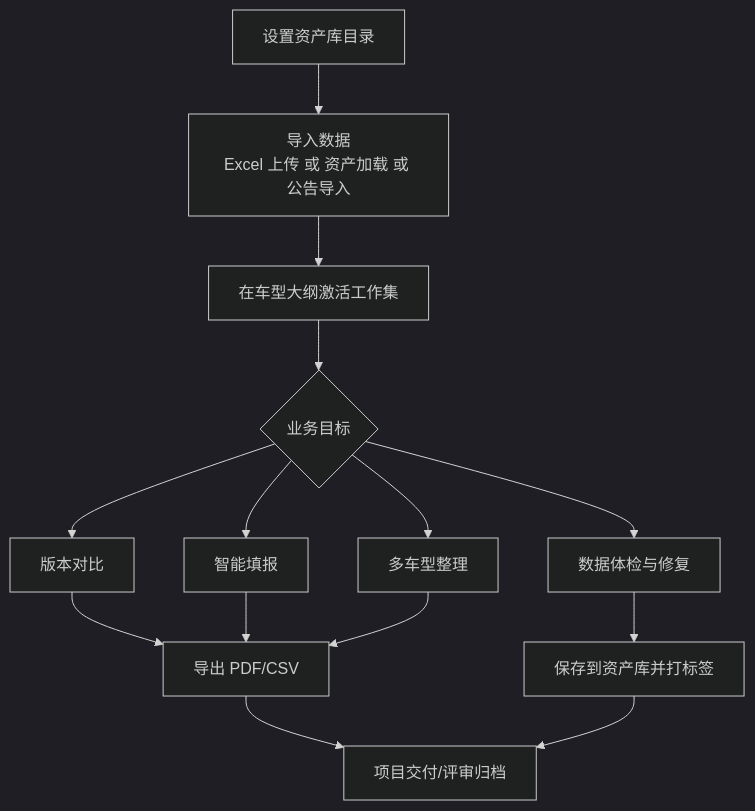
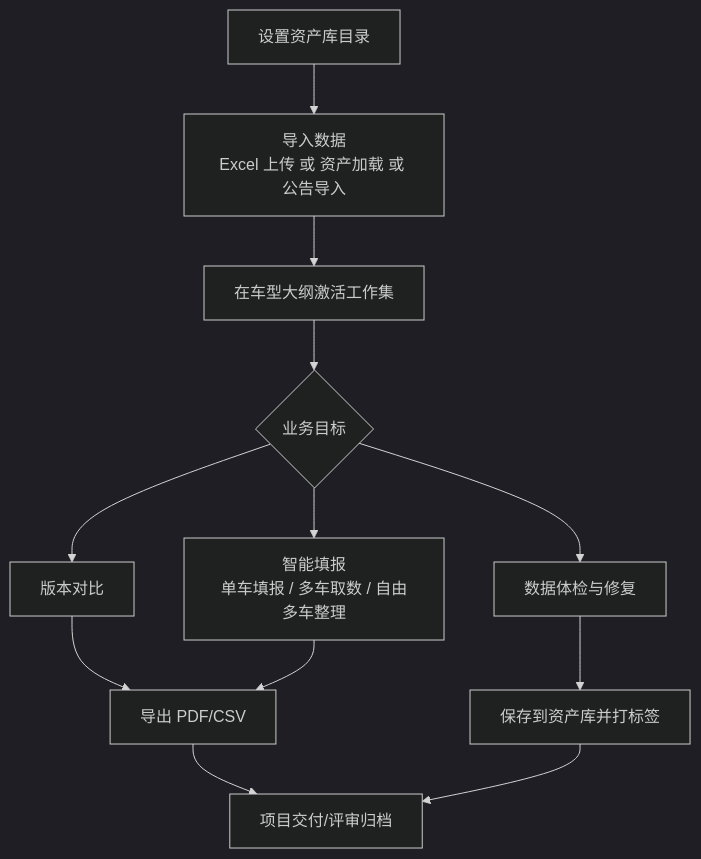
The second of 2 diagrams in docs/User_Manual.md (red-patch/vehicle-parameter), drawn with Mermaid (dark theme) before and after one commit. The commit also changed other lines of this file and 35 other files, not shown here.

````diff
--- a/docs/User_Manual.md
+++ b/docs/User_Manual.md
@@ -129,18 +117,16 @@
 ```mermaid
 flowchart TD
     A[设置资产库目录] --> B[导入数据<br/>Excel 上传 或 资产加载 或 公告导入]
     B --> C[在车型大纲激活工作集]
     C --> D{业务目标}
 
     D --> D1[版本对比]
-    D --> D2[智能填报]
-    D --> D3[多车型整理]
+    D --> D2[智能填报<br/>单车填报 / 多车取数 / 自由多车整理]
     D --> D4[数据体检与修复]
 
     D1 --> E[导出 PDF/CSV]
     D2 --> E
-    D3 --> E
     D4 --> F[保存到资产库并打标签]
     E --> G[项目交付/评审归档]
     F --> G
 ```
````
